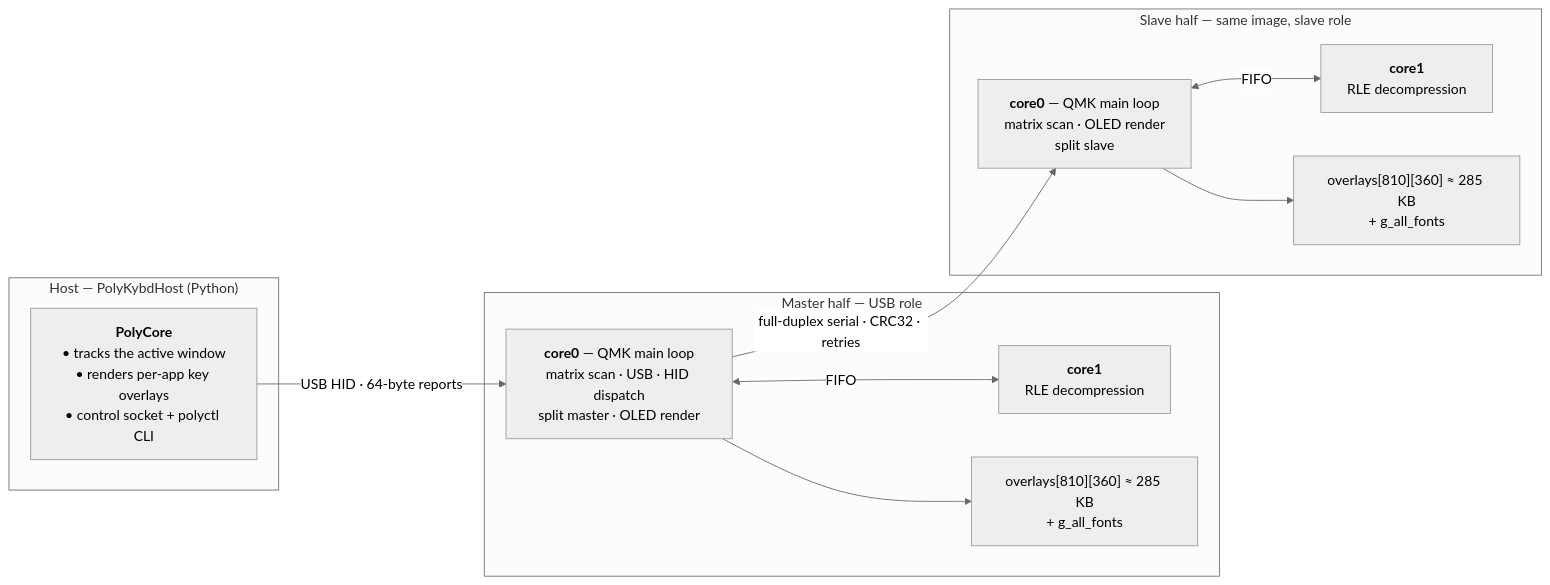
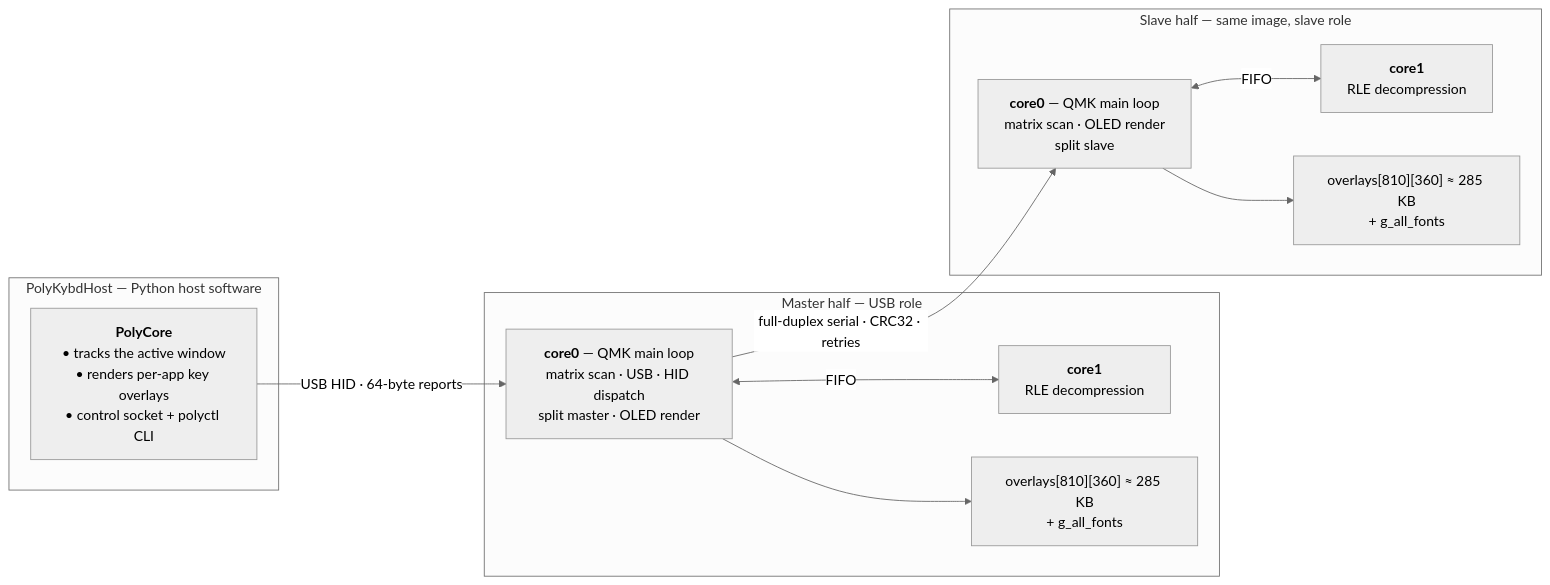
The first of 6 diagrams in src/content/docs/development/system-model.mdx (thpoll83/polykybd-docs), drawn with Mermaid (neutral theme) before and after one commit. The commit also changed other lines of this file, not shown here.

First line of the commit message:
docs: name the host software explicitly as PolyKybdHost

````diff
--- a/src/content/docs/development/system-model.mdx
+++ b/src/content/docs/development/system-model.mdx
@@ -22,22 +22,22 @@
 ```mermaid
 flowchart LR
-  subgraph HOST["Host — PolyKybdHost (Python)"]
+  subgraph HOST["PolyKybdHost — Python host software"]
     PC["<b>PolyCore</b><br/>• tracks the active window<br/>• renders per-app key overlays<br/>• control socket + polyctl CLI"]
   end
   subgraph MASTER["Master half — USB role"]
     MC0["<b>core0</b> — QMK main loop<br/>matrix scan · USB · HID dispatch<br/>split master · OLED render"]
     MC1["<b>core1</b><br/>RLE decompression"]
     MRAM["overlays[810][360] ≈ 285 KB<br/>+ g_all_fonts"]
     MC0 <-->|FIFO| MC1
     MC0 --> MRAM
   end
   subgraph SLAVE["Slave half — same image, slave role"]
     SC0["<b>core0</b> — QMK main loop<br/>matrix scan · OLED render<br/>split slave"]
     SC1["<b>core1</b><br/>RLE decompression"]
     SRAM["overlays[810][360] ≈ 285 KB<br/>+ g_all_fonts"]
     SC0 <-->|FIFO| SC1
     SC0 --> SRAM
   end
   PC -->|"USB HID · 64-byte reports"| MC0
   MC0 -->|"full-duplex serial · CRC32 · retries"| SC0
 ```
````
